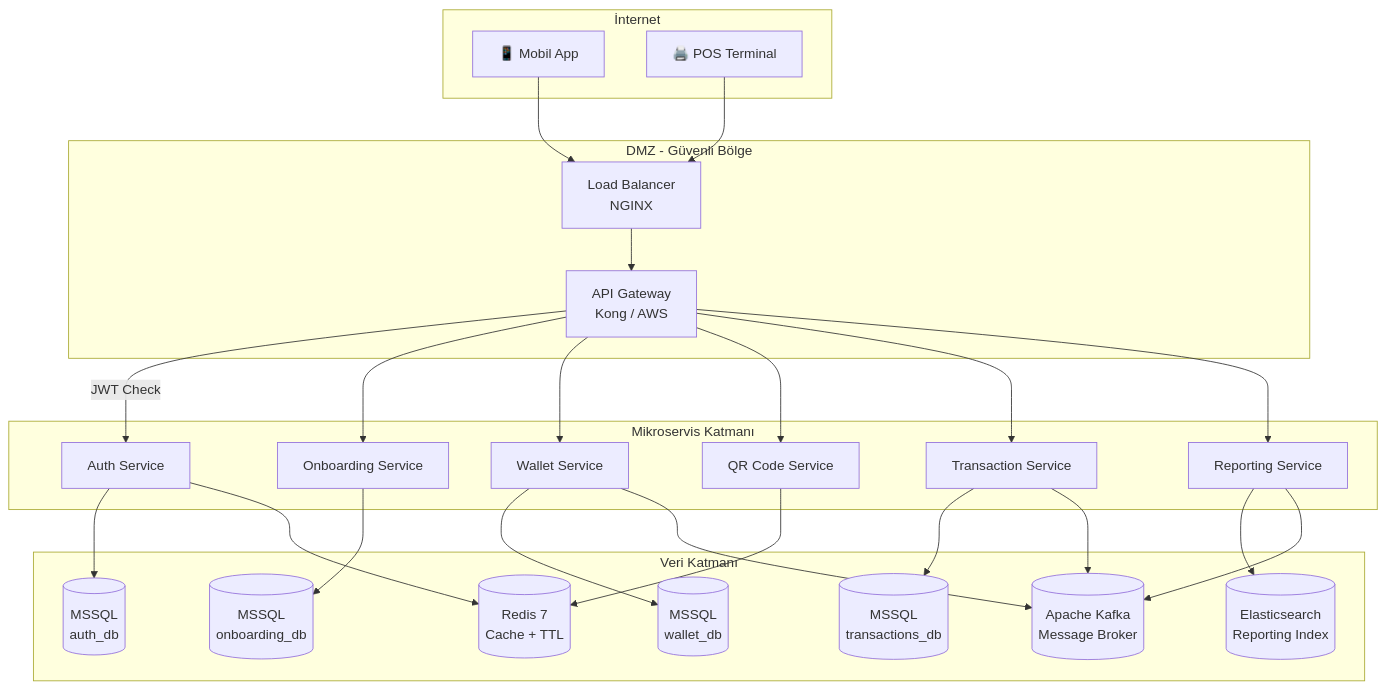
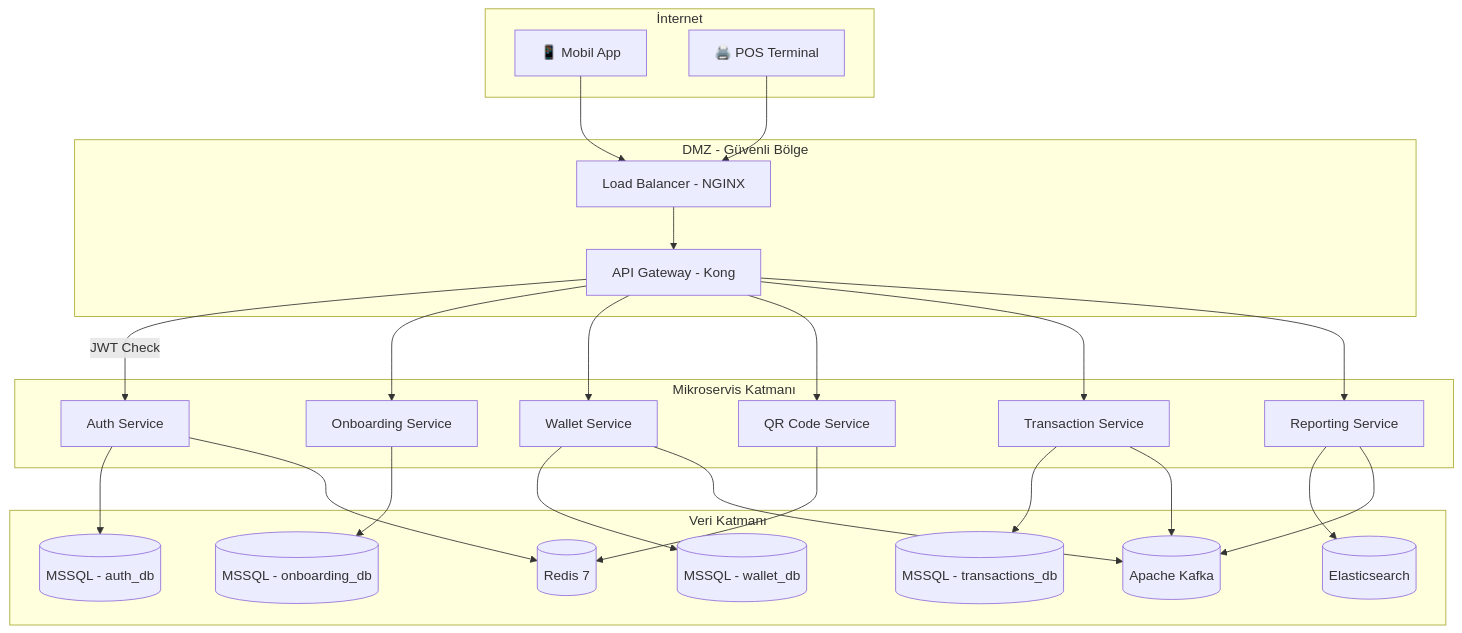
One commit to js-lover/qr-payment-system changed the first of 3 diagrams in docs/07-infrastructure/README.md. Above: the diagram before and after it, drawn with Mermaid. The commit also changed other lines of this file and 8 other files, not shown here.

First line of the commit message:
fix: resolve Mermaid diagram parse errors on GitHub

````diff
--- a/docs/07-infrastructure/README.md
+++ b/docs/07-infrastructure/README.md
@@ -27,45 +27,45 @@
 ```mermaid
 graph TD
     subgraph Internet [İnternet]
         Client[📱 Mobil App]
         POS[🖨️ POS Terminal]
     end
 
     subgraph DMZ [DMZ - Güvenli Bölge]
-        GW[API Gateway\nKong / AWS]
-        LB[Load Balancer\nNGINX]
+        GW[API Gateway - Kong]
+        LB[Load Balancer - NGINX]
     end
 
     subgraph Services [Mikroservis Katmanı]
         Auth[Auth Service]
         OB[Onboarding Service]
         Wallet[Wallet Service]
         QR[QR Code Service]
         Trans[Transaction Service]
         Report[Reporting Service]
     end
 
     subgraph DataLayer [Veri Katmanı]
-        Kafka[(Apache Kafka\nMessage Broker)]
-        Redis[(Redis 7\nCache + TTL)]
-        MSSQL_Auth[(MSSQL\nauth_db)]
-        MSSQL_Wallet[(MSSQL\nwallet_db)]
-        MSSQL_Trans[(MSSQL\ntransactions_db)]
-        MSSQL_OB[(MSSQL\nonboarding_db)]
-        ES[(Elasticsearch\nReporting Index)]
+        Kafka[(Apache Kafka)]
+        Redis[(Redis 7)]
+        MSSQL_Auth[(MSSQL - auth_db)]
+        MSSQL_Wallet[(MSSQL - wallet_db)]
+        MSSQL_Trans[(MSSQL - transactions_db)]
+        MSSQL_OB[(MSSQL - onboarding_db)]
+        ES[(Elasticsearch)]
     end
 
     Client & POS --> LB --> GW
     GW -->|JWT Check| Auth
     GW --> OB & Wallet & QR & Trans & Report
     Auth --> MSSQL_Auth
     Auth --> Redis
     OB --> MSSQL_OB
     Wallet --> MSSQL_Wallet
     Wallet --> Kafka
     QR --> Redis
     Trans --> MSSQL_Trans
     Trans --> Kafka
     Report --> ES
     Report --> Kafka
 ```
````
